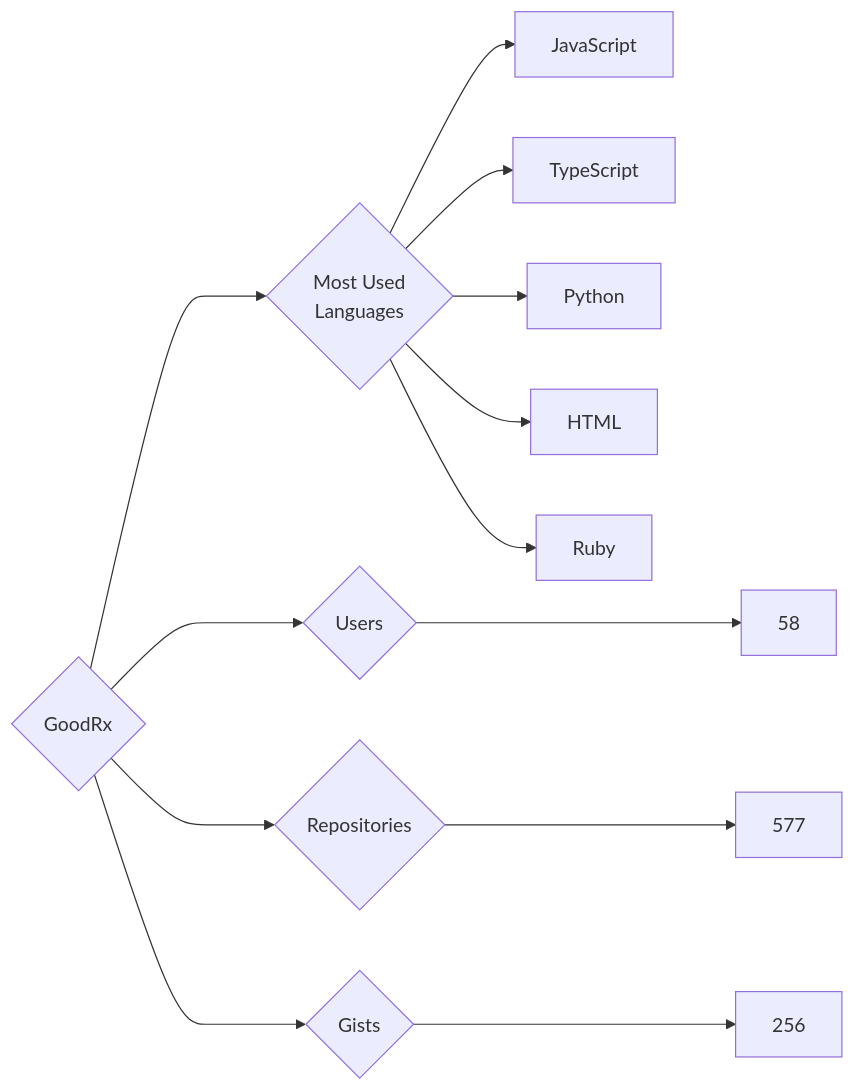
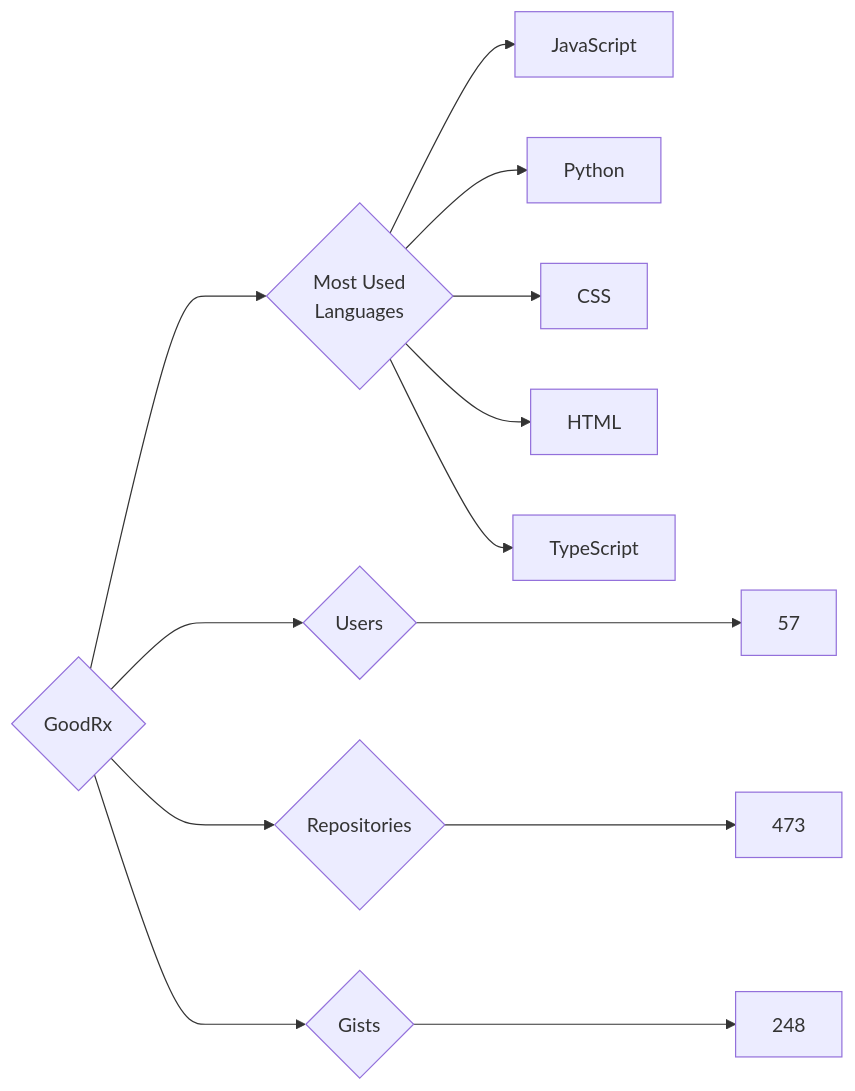
One commit to trickest/insiders changed the diagram in targets/GoodRx/README.md. Above: the diagram before and after it, drawn with Mermaid. The commit also changed 965 other files, not shown here.

````diff
--- a/targets/GoodRx/README.md
+++ b/targets/GoodRx/README.md
@@ -3,13 +3,13 @@
 ```mermaid
 graph LR
 COMPANY_NAME{GoodRx}
-COMPANY_NAME ---> U{Users} ---> UN[58]
-COMPANY_NAME ---> R{Repositories} ---> RN[577]
-COMPANY_NAME ---> G{Gists} ---> GN[256]
+COMPANY_NAME ---> U{Users} ---> UN[57]
+COMPANY_NAME ---> R{Repositories} ---> RN[473]
+COMPANY_NAME ---> G{Gists} ---> GN[248]
 COMPANY_NAME ---> ML{Most Used<br>Languages}
 ML --> JavaScript[JavaScript]
+ML --> Python[Python]
+ML --> CSS[CSS]
+ML --> HTML[HTML]
 ML --> TypeScript[TypeScript]
-ML --> Python[Python]
-ML --> HTML[HTML]
-ML --> Ruby[Ruby]
 ```
````
